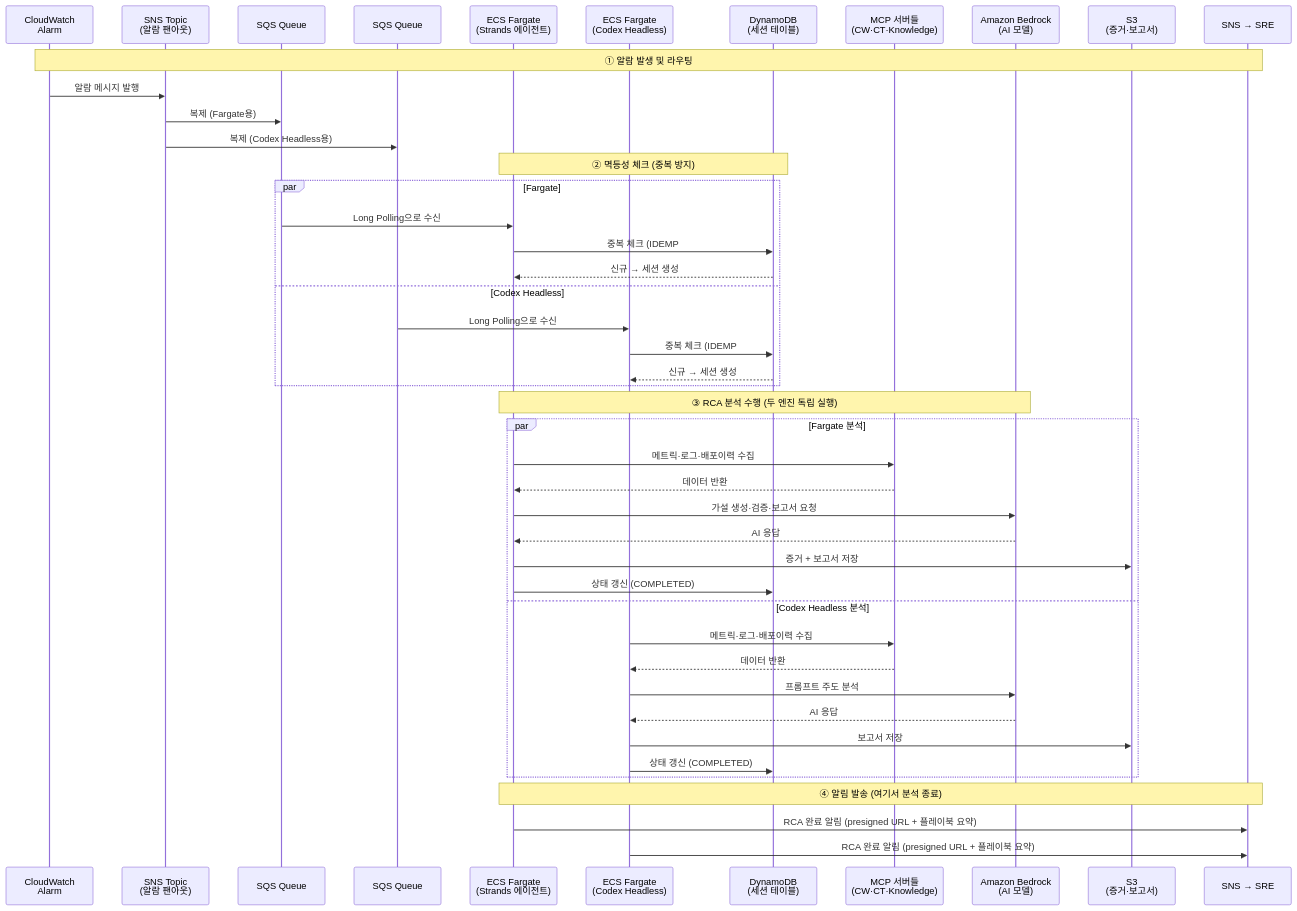
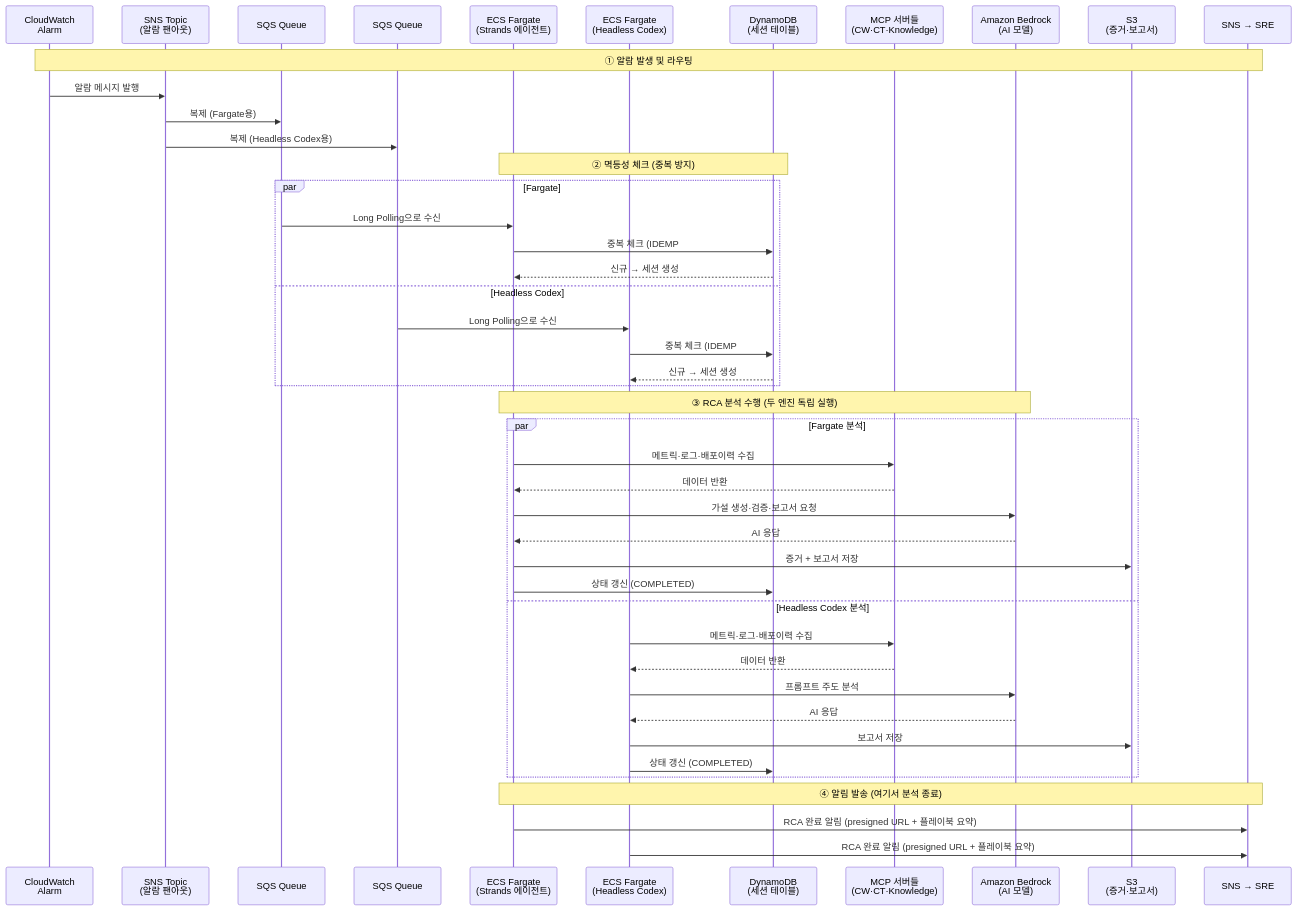
The fourth of 25 diagrams in docs/system-guide-for-ops.md (haandol/rca-agent), drawn with Mermaid before and after one commit. The commit also changed other lines of this file and 300 other files, not shown here.

Commit message:
feat(headless-codex): rename engine and preserve legacy reads

````diff
--- a/docs/system-guide-for-ops.md
+++ b/docs/system-guide-for-ops.md
@@ -256,51 +256,51 @@
 ```mermaid
 sequenceDiagram
     participant CW as CloudWatch<br/>Alarm
     participant SNS as SNS Topic<br/>(알람 팬아웃)
     participant SQS1 as SQS Queue #1<br/>(Fargate용)
-    participant SQS2 as SQS Queue #2<br/>(Codex Headless용)
+    participant SQS2 as SQS Queue #2<br/>(Headless Codex용)
     participant ECS as ECS Fargate<br/>(Strands 에이전트)
-    participant CCH as ECS Fargate<br/>(Codex Headless)
+    participant CCH as ECS Fargate<br/>(Headless Codex)
     participant DDB as DynamoDB<br/>(세션 테이블)
     participant MCP as MCP 서버들<br/>(CW·CT·Knowledge)
     participant BED as Amazon Bedrock<br/>(AI 모델)
     participant S3 as S3<br/>(증거·보고서)
     participant NOTIFY as SNS → SRE
 
     Note over CW,NOTIFY: ① 알람 발생 및 라우팅
     CW->>SNS: 알람 메시지 발행
     SNS->>SQS1: 복제 (Fargate용)
-    SNS->>SQS2: 복제 (Codex Headless용)
+    SNS->>SQS2: 복제 (Headless Codex용)
 
     Note over ECS,DDB: ② 멱등성 체크 (중복 방지)
     par Fargate
         SQS1->>ECS: Long Polling으로 수신
         ECS->>DDB: 중복 체크 (IDEMP# 키)
         DDB-->>ECS: 신규 → 세션 생성
-    and Codex Headless
+    and Headless Codex
         SQS2->>CCH: Long Polling으로 수신
         CCH->>DDB: 중복 체크 (IDEMP# 키)
         DDB-->>CCH: 신규 → 세션 생성
     end
 
     Note over ECS,BED: ③ RCA 분석 수행 (두 엔진 독립 실행)
     par Fargate 분석
         ECS->>MCP: 메트릭·로그·배포이력 수집
         MCP-->>ECS: 데이터 반환
         ECS->>BED: 가설 생성·검증·보고서 요청
         BED-->>ECS: AI 응답
         ECS->>S3: 증거 + 보고서 저장
         ECS->>DDB: 상태 갱신 (COMPLETED)
-    and Codex Headless 분석
+    and Headless Codex 분석
         CCH->>MCP: 메트릭·로그·배포이력 수집
         MCP-->>CCH: 데이터 반환
         CCH->>BED: 프롬프트 주도 분석
         BED-->>CCH: AI 응답
         CCH->>S3: 보고서 저장
         CCH->>DDB: 상태 갱신 (COMPLETED)
     end
 
     Note over ECS,NOTIFY: ④ 알림 발송 (여기서 분석 종료)
     ECS->>NOTIFY: RCA 완료 알림 (presigned URL + 플레이북 요약)
     CCH->>NOTIFY: RCA 완료 알림 (presigned URL + 플레이북 요약)
 ```
````
